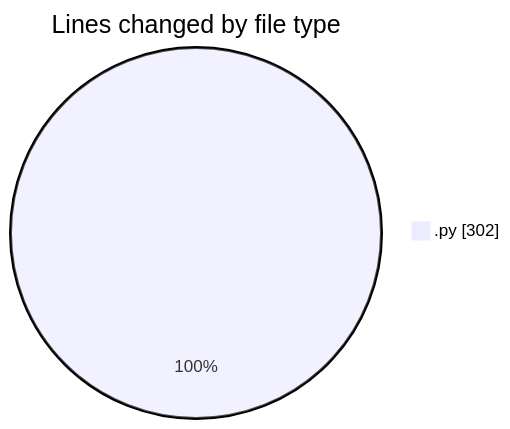
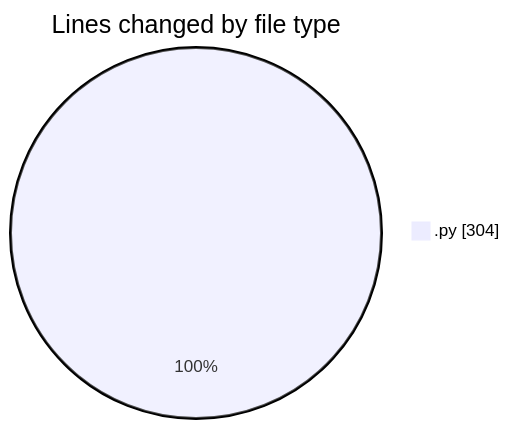
One commit to MatusMokan/code-tracking changed the first of 2 diagrams in 2025-03-21/myws__workspace_/README.md. Above: the diagram before and after it, drawn with Mermaid. The commit also changed other lines of this file and 1 other file, not shown here.

````diff
--- a/2025-03-21/myws__workspace_/README.md
+++ b/2025-03-21/myws__workspace_/README.md
@@ -20,5 +20,5 @@
 ```mermaid
 pie showData
 title Lines changed by file type
-".py" : 302
+".py" : 304
 ```
````
